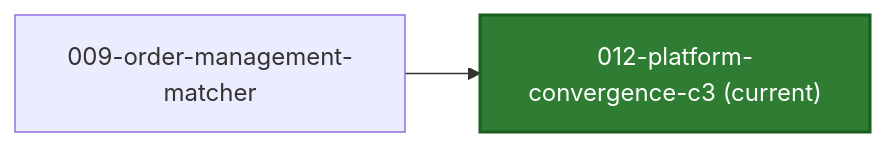
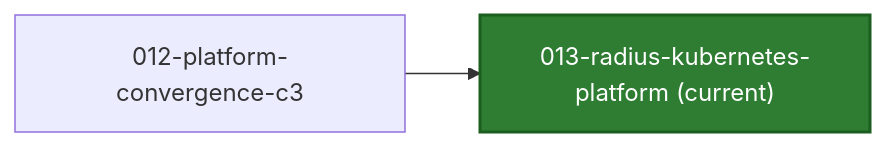
Before and after one commit to azure-octo/traderX: the second of 2 diagrams in README.md, drawn with Mermaid. The commit also changed other lines of this file and 97 other files, not shown here.

First line of the commit message:
snapshot: 013-radius-kubernetes-platform generated from a41e87908ebf8e9d2cd385280eacced32887bb1e

````diff
--- a/README.md
+++ b/README.md
@@ -53,9 +49,9 @@
 ```mermaid
 flowchart LR
-  C_CUR["012-platform-convergence-c3 (current)"]
+  C_CUR["013-radius-kubernetes-platform (current)"]
   style C_CUR fill:#2e7d32,stroke:#1b5e20,color:#ffffff,stroke-width:2px
-  C_PREV_009_order_management_matcher["009-order-management-matcher"] --> C_CUR
-  click C_PREV_009_order_management_matcher href "https://github.com/finos/traderX/tree/code%2Fgenerated-state-009-order-management-matcher" "Open branch"
-  %% compare: https://github.com/finos/traderX/compare/code%2Fgenerated-state-009-order-management-matcher...code%2Fgenerated-state-012-platform-convergence-c3
-  click C_CUR href "https://github.com/finos/traderX/tree/code%2Fgenerated-state-012-platform-convergence-c3" "Open current branch"
+  C_PREV_012_platform_convergence_c3["012-platform-convergence-c3"] --> C_CUR
+  click C_PREV_012_platform_convergence_c3 href "https://github.com/finos/traderX/tree/code%2Fgenerated-state-012-platform-convergence-c3" "Open branch"
+  %% compare: https://github.com/finos/traderX/compare/code%2Fgenerated-state-012-platform-convergence-c3...code%2Fgenerated-state-013-radius-kubernetes-platform
+  click C_CUR href "https://github.com/finos/traderX/tree/code%2Fgenerated-state-013-radius-kubernetes-platform" "Open current branch"
 ```
````
